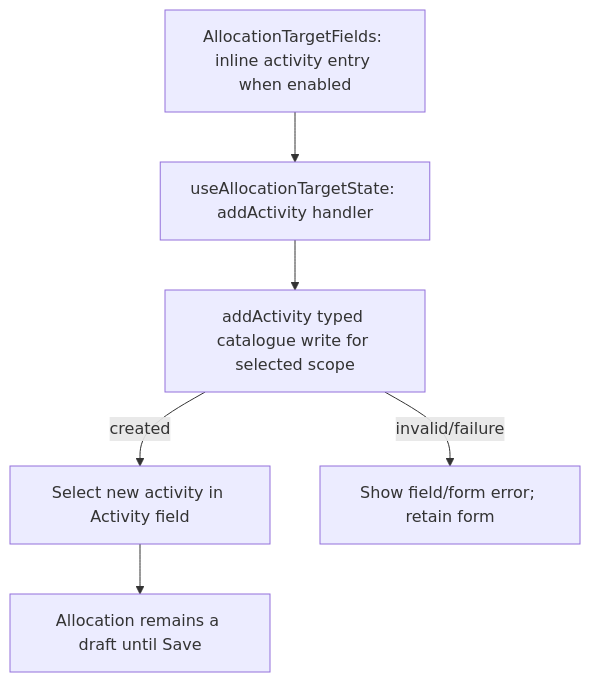
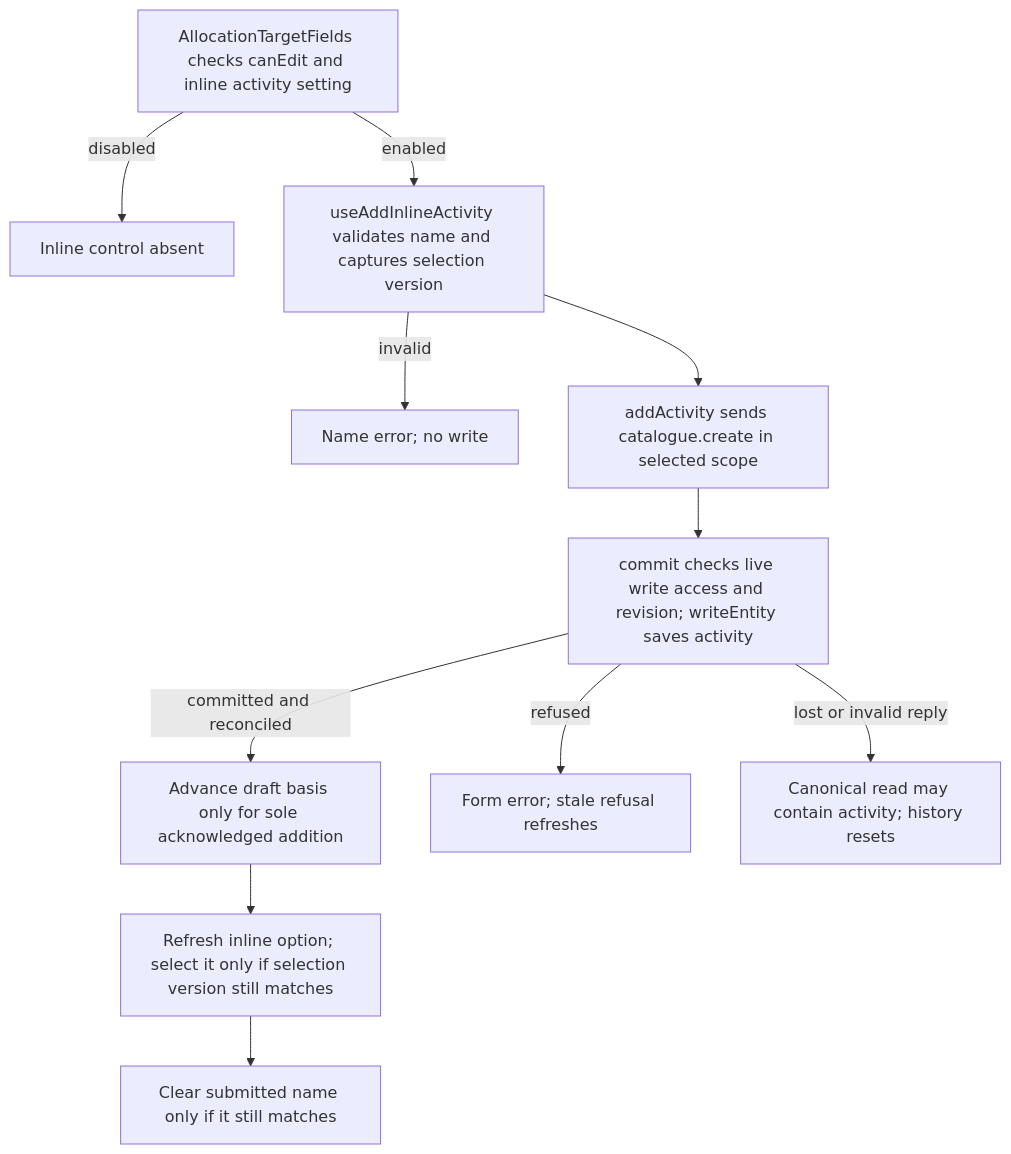
One commit to Kevinjohn/capacitylens changed the second of 2 diagrams in user-stories/allocation/US-ALL-05-add-activity-inline.md. Above: the diagram before and after it, drawn with Mermaid. The commit also changed other lines of this file and 172 other files, not shown here.

Commit message:
docs: reconcile user story code flows with source

````diff
--- a/user-stories/allocation/US-ALL-05-add-activity-inline.md
+++ b/user-stories/allocation/US-ALL-05-add-activity-inline.md
@@ -38,8 +38,13 @@
 ```mermaid
 flowchart TD
-  A["AllocationTargetFields: inline activity entry when enabled"] --> B["useAllocationTargetState: addActivity handler"]
-  B --> C["addActivity typed catalogue write for selected scope"]
-  C -->|created| D["Select new activity in Activity field"]
-  C -->|invalid/failure| E["Show field/form error; retain form"]
-  D --> F["Allocation remains a draft until Save"]
+  Form["AllocationTargetFields checks canEdit and inline activity setting"] -->|disabled| None["Inline control absent"]
+  Form -->|enabled| Inline["useAddInlineActivity validates name and captures selection version"]
+  Inline -->|invalid| Field["Name error; no write"]
+  Inline --> Send["addActivity sends catalogue.create in selected scope"]
+  Send --> Commit["commit checks live write access and revision; writeEntity saves activity"]
+  Commit -->|committed and reconciled| Basis["Advance draft basis only for sole acknowledged addition"]
+  Basis --> Option["Refresh inline option; select it only if selection version still matches"]
+  Option --> Name["Clear submitted name only if it still matches"]
+  Commit -->|refused| Error["Form error; stale refusal refreshes"]
+  Commit -->|lost or invalid reply| Unknown["Canonical read may contain activity; history resets"]
 ```
````
